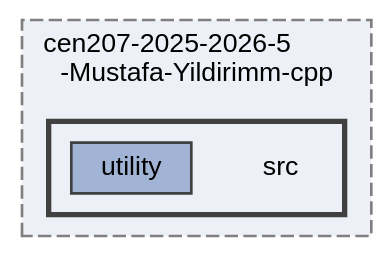
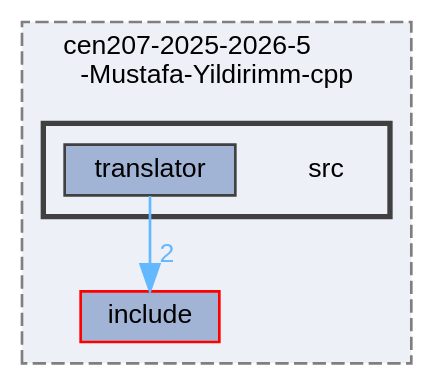
One commit to mustafayldrnn/cen207-2025-2026-5-Mustafa-Yildirimm-cpp changed the diagram in docs/doxygenlibwin/rtf/dir_235080e4fc6f8d1f814973dc40d3997a_dep.dot. Above: the diagram before and after it, drawn with Graphviz. The commit also changed 1700 other files, not shown here.

```diff
--- a/docs/doxygenlibwin/rtf/dir_235080e4fc6f8d1f814973dc40d3997a_dep.dot
+++ b/docs/doxygenlibwin/rtf/dir_235080e4fc6f8d1f814973dc40d3997a_dep.dot
@@ -1,17 +1,19 @@
 digraph "C:/Users/ahmet/OneDrive/Masaüstü/DataStructure/cen207-2025-2026-5-Mustafa-Yildirimm-cpp/src"
 {
  // INTERACTIVE_SVG=YES
  // LATEX_PDF_SIZE
   bgcolor="transparent";
   edge [fontname=Helvetica,fontsize=10,labelfontname=Helvetica,labelfontsize=10];
   node [fontname=Helvetica,fontsize=10,shape=box,height=0.2,width=0.4];
   compound=true
   subgraph clusterdir_b00da2fab6b604b485869b7d5702ce53 {
     graph [ bgcolor="#edf0f7", pencolor="grey50", label="cen207-2025-2026-5\l-Mustafa-Yildirimm-cpp", fontname=Helvetica,fontsize=10 style="filled,dashed", URL="dir_b00da2fab6b604b485869b7d5702ce53.html",tooltip=""]
+  dir_4dfc6c6bb4cb5cc6e762107be17038e6 [label="include", fillcolor="#a2b4d6", color="red", style="filled", URL="dir_4dfc6c6bb4cb5cc6e762107be17038e6.html",tooltip=""];
   subgraph clusterdir_235080e4fc6f8d1f814973dc40d3997a {
     graph [ bgcolor="#edf0f7", pencolor="grey25", label="", fontname=Helvetica,fontsize=10 style="filled,bold", URL="dir_235080e4fc6f8d1f814973dc40d3997a.html",tooltip=""]
     dir_235080e4fc6f8d1f814973dc40d3997a [shape=plaintext, label="src"];
-  dir_6f1e4e362ba3980e11270dc682882bb5 [label="utility", fillcolor="#a2b4d6", color="grey25", style="filled", URL="dir_6f1e4e362ba3980e11270dc682882bb5.html",tooltip=""];
+  dir_b83ed387cd3bb998e500a8fe99c544d9 [label="translator", fillcolor="#a2b4d6", color="grey25", style="filled", URL="dir_b83ed387cd3bb998e500a8fe99c544d9.html",tooltip=""];
   }
   }
+  dir_b83ed387cd3bb998e500a8fe99c544d9->dir_4dfc6c6bb4cb5cc6e762107be17038e6 [headlabel="2", labeldistance=1.5 headhref="dir_000006_000003.html" href="dir_000006_000003.html" color="steelblue1" fontcolor="steelblue1"];
 }
```
